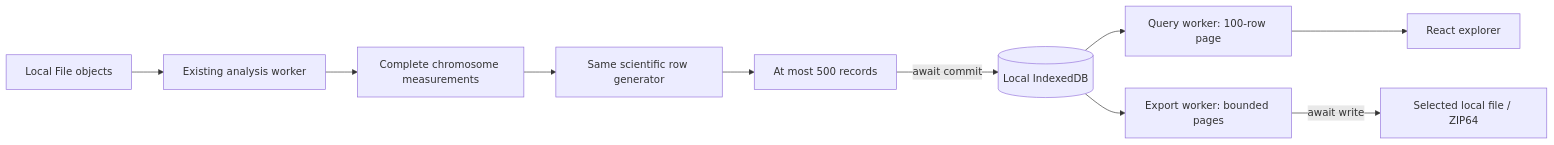
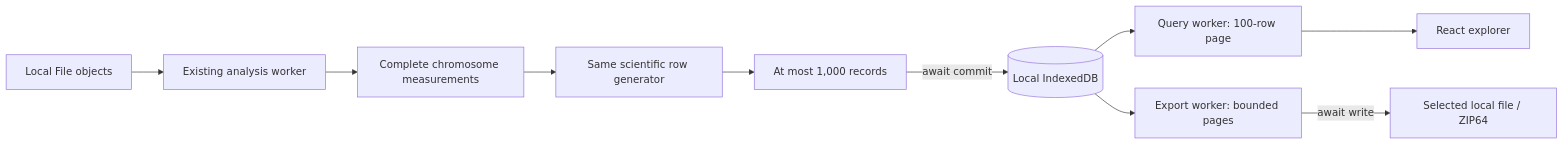
The diagram in docs/persistent-results-v0.6.md (ariel-raskin/gene-enhancer-linking), drawn with Mermaid before and after one commit. The commit also changed other lines of this file and 8 other files, not shown here.

````diff
--- a/docs/persistent-results-v0.6.md
+++ b/docs/persistent-results-v0.6.md
@@ -23,12 +23,12 @@
 ```mermaid
 flowchart LR
   F[Local File objects] --> W[Existing analysis worker]
   W --> C[Complete chromosome measurements]
   C --> G[Same scientific row generator]
-  G --> B[At most 500 records]
+  G --> B[At most 1,000 records]
   B -->|await commit| I[(Local IndexedDB)]
   I --> Q[Query worker: 100-row page]
   Q --> R[React explorer]
   I --> E[Export worker: bounded pages]
   E -->|await write| D[Selected local file / ZIP64]
 ```
````
